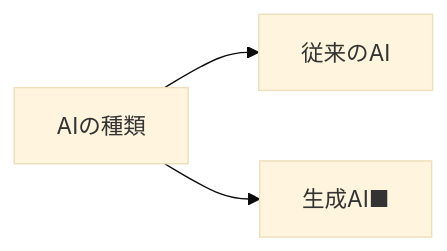
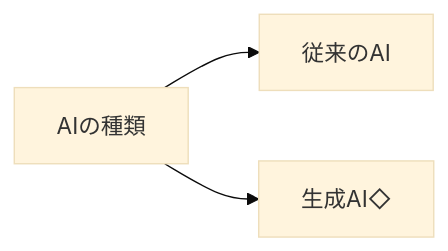
Before and after one commit to SparklingDetergent/doc_genai_Using_Generative_AI_with_Mac_Mini_-Introduction-: the fifth of 14 diagrams in README.md, drawn with Mermaid (base theme). The commit also changed other lines of this file, not shown here.

````diff
--- a/README.md
+++ b/README.md
@@ -123,6 +123,6 @@
 ```mermaid
 graph LR
     A[AIの種類] 
     A --> C[従来のAI]
-    A --> D[生成AI■]
+    A --> D[生成AI◇]
 ```
````
